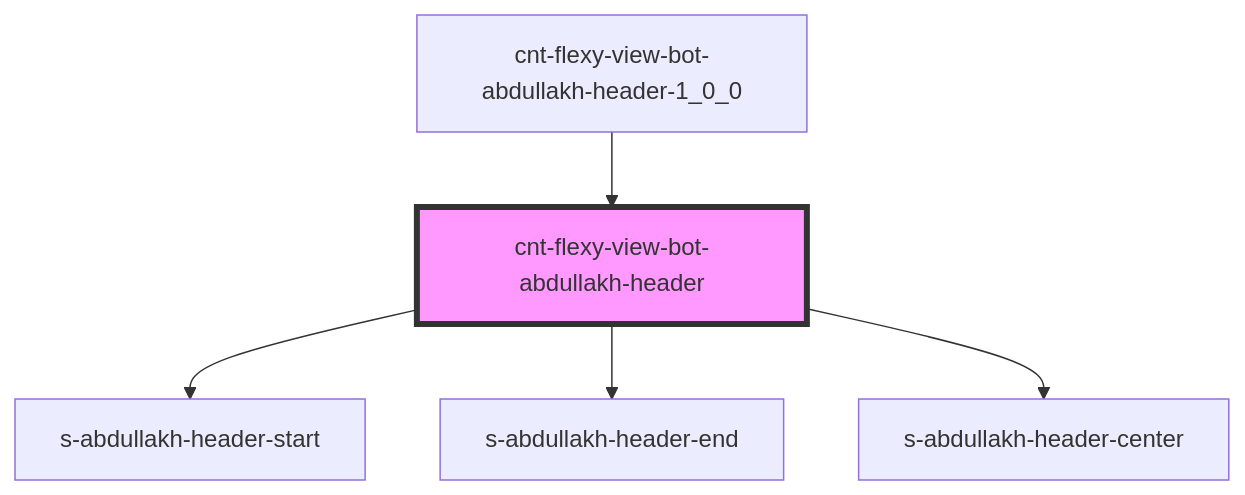
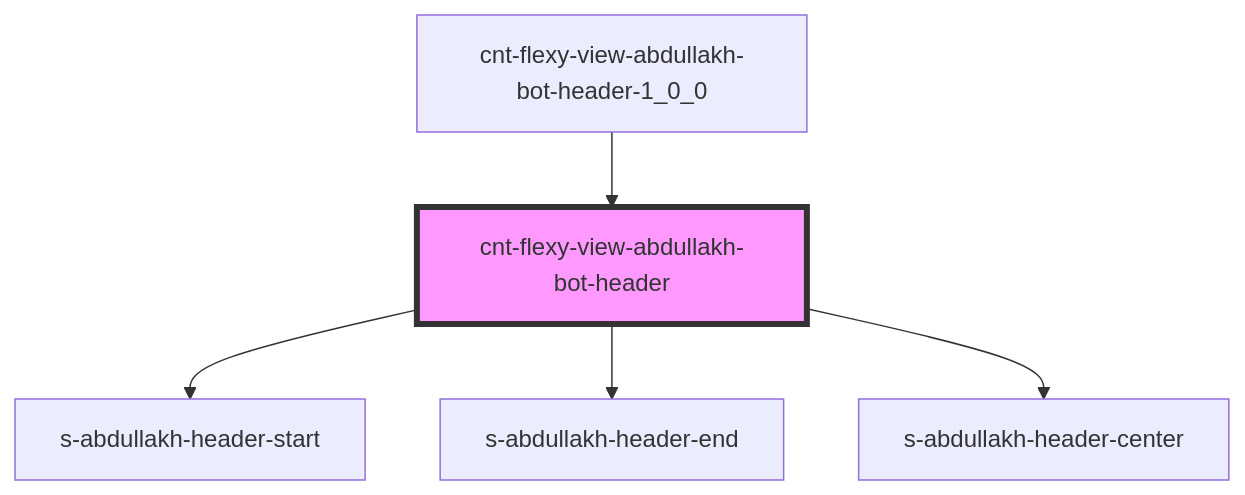
One commit to Wokh-Dada/botdevelopmentapp changed the diagram in src/components/cnt-flexy-view-abdullakh-bot-header-1_0_0/res/view/cnt-flexy-view-abdullakh-bot-header/readme.md. Above: the diagram before and after it, drawn with Mermaid. The commit also changed other lines of this file and 24 other files, not shown here.

````diff
--- a/src/components/cnt-flexy-view-abdullakh-bot-header-1_0_0/res/view/cnt-flexy-view-abdullakh-bot-header/readme.md
+++ b/src/components/cnt-flexy-view-abdullakh-bot-header-1_0_0/res/view/cnt-flexy-view-abdullakh-bot-header/readme.md
@@ -35,8 +35,8 @@
 ```mermaid
 graph TD;
-  cnt-flexy-view-bot-abdullakh-header --> s-abdullakh-header-start
-  cnt-flexy-view-bot-abdullakh-header --> s-abdullakh-header-end
-  cnt-flexy-view-bot-abdullakh-header --> s-abdullakh-header-center
-  cnt-flexy-view-bot-abdullakh-header-1_0_0 --> cnt-flexy-view-bot-abdullakh-header
-  style cnt-flexy-view-bot-abdullakh-header fill:#f9f,stroke:#333,stroke-width:4px
+  cnt-flexy-view-abdullakh-bot-header --> s-abdullakh-header-start
+  cnt-flexy-view-abdullakh-bot-header --> s-abdullakh-header-end
+  cnt-flexy-view-abdullakh-bot-header --> s-abdullakh-header-center
+  cnt-flexy-view-abdullakh-bot-header-1_0_0 --> cnt-flexy-view-abdullakh-bot-header
+  style cnt-flexy-view-abdullakh-bot-header fill:#f9f,stroke:#333,stroke-width:4px
 ```
````
